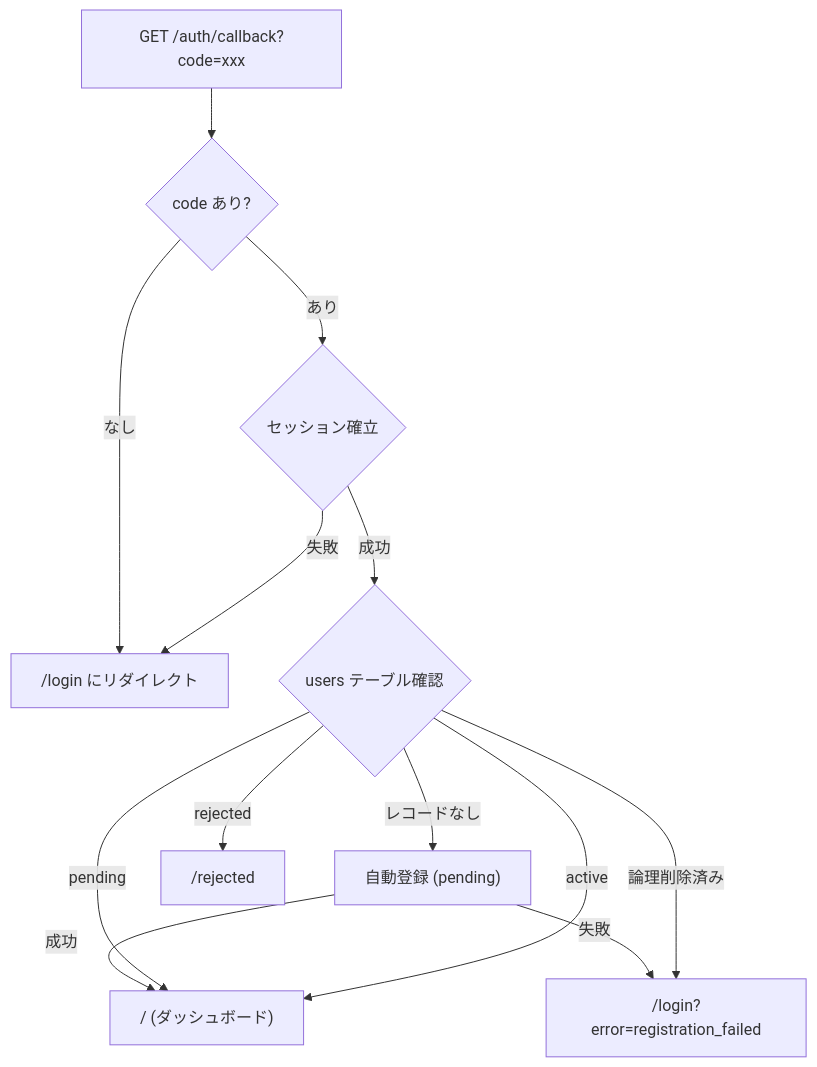
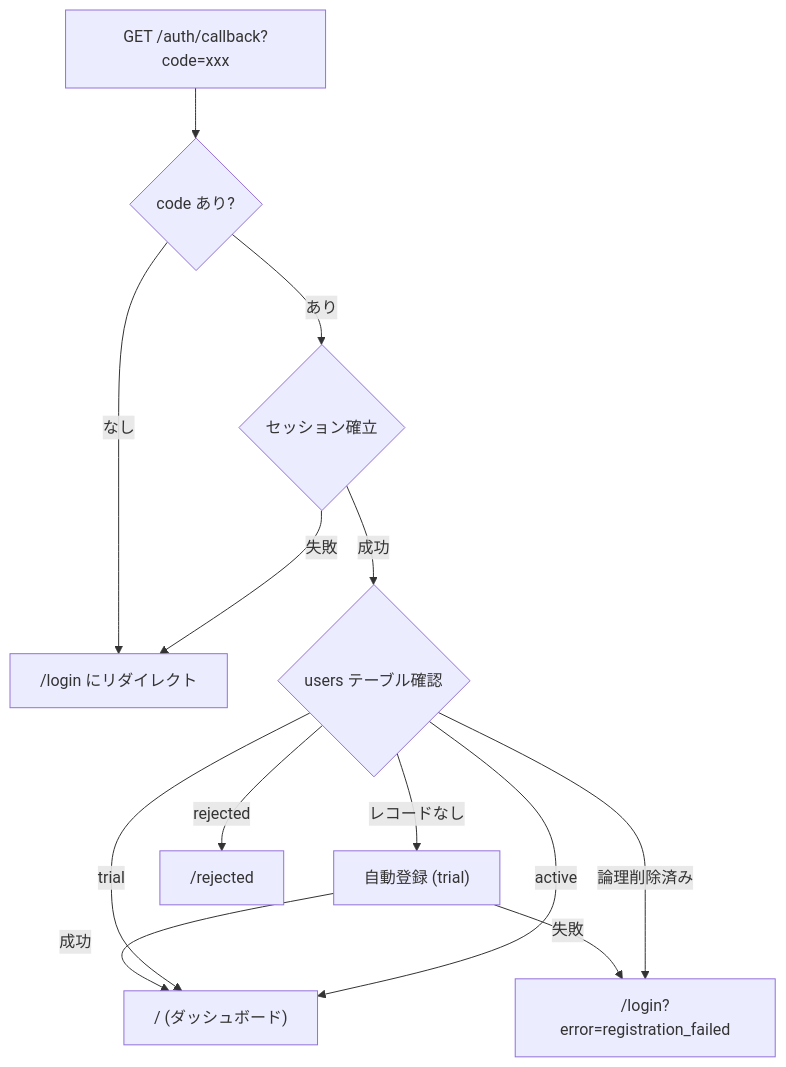
Before and after one commit to Singuralitylabs/sinlab-study: the fourth of 7 diagrams in docs/specification.md, drawn with Mermaid. The commit also changed other lines of this file and 27 other files, not shown here.

First line of the commit message:
users.statusの'pending'を'trial'にリネームし命名を一本化する (#192)

````diff
--- a/docs/specification.md
+++ b/docs/specification.md
@@ -125,15 +125,15 @@
 ```mermaid
 flowchart TD
     A["GET /auth/callback?code=xxx"] --> B{code あり?}
     B -->|なし| L["/login にリダイレクト"]
     B -->|あり| C{セッション確立}
     C -->|失敗| L
     C -->|成功| D{users テーブル確認}
-    D -->|レコードなし| R["自動登録 (pending)"]
+    D -->|レコードなし| R["自動登録 (trial)"]
     R -->|成功| H
     R -->|失敗| F["/login?error=registration_failed"]
     D -->|論理削除済み| F
-    D -->|pending| H
+    D -->|trial| H
     D -->|rejected| RE["/rejected"]
     D -->|active| H["/ (ダッシュボード)"]
 ```
````
